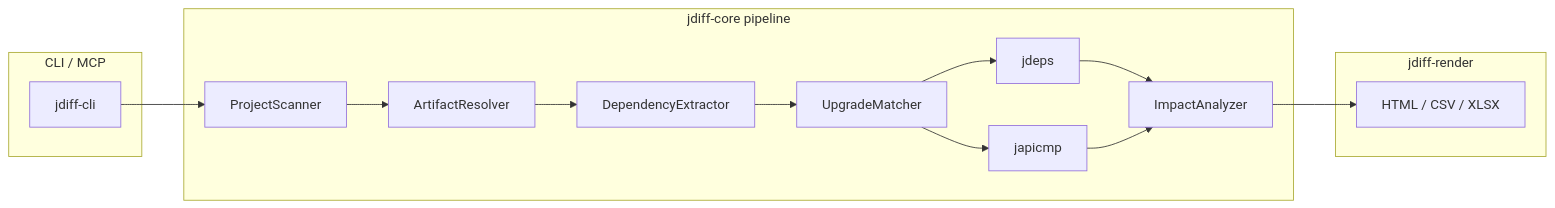
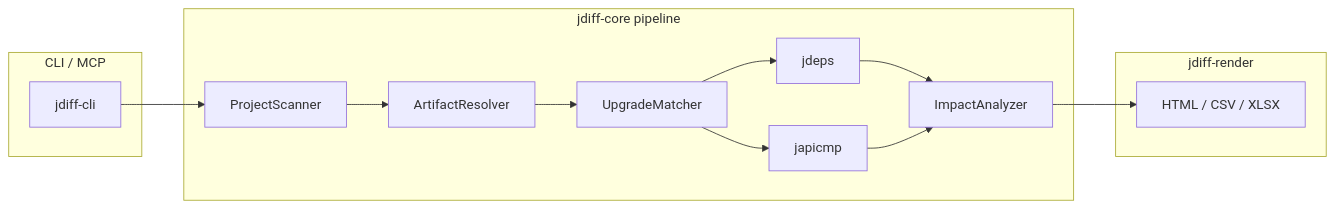
One commit to alagishev/qubership-java-diff-service changed the diagram in README.md. Above: the diagram before and after it, drawn with Mermaid. The commit also changed other lines of this file and 28 other files, not shown here.

````diff
--- a/README.md
+++ b/README.md
@@ -41,24 +42,23 @@
 ```mermaid
 flowchart LR
   subgraph facade [CLI / MCP]
     CLI[jdiff-cli]
   end
   subgraph core [jdiff-core pipeline]
     PS[ProjectScanner]
     AR[ArtifactResolver]
-    DE[DependencyExtractor]
     UM[UpgradeMatcher]
     JD[jdeps]
     JI[japicmp]
     IA[ImpactAnalyzer]
   end
   subgraph render [jdiff-render]
     R[HTML / CSV / XLSX]
   end
-  CLI --> PS --> AR --> DE --> UM
+  CLI --> PS --> AR --> UM
   UM --> JD
   UM --> JI
   JD --> IA
   JI --> IA
   IA --> R
 ```
````
